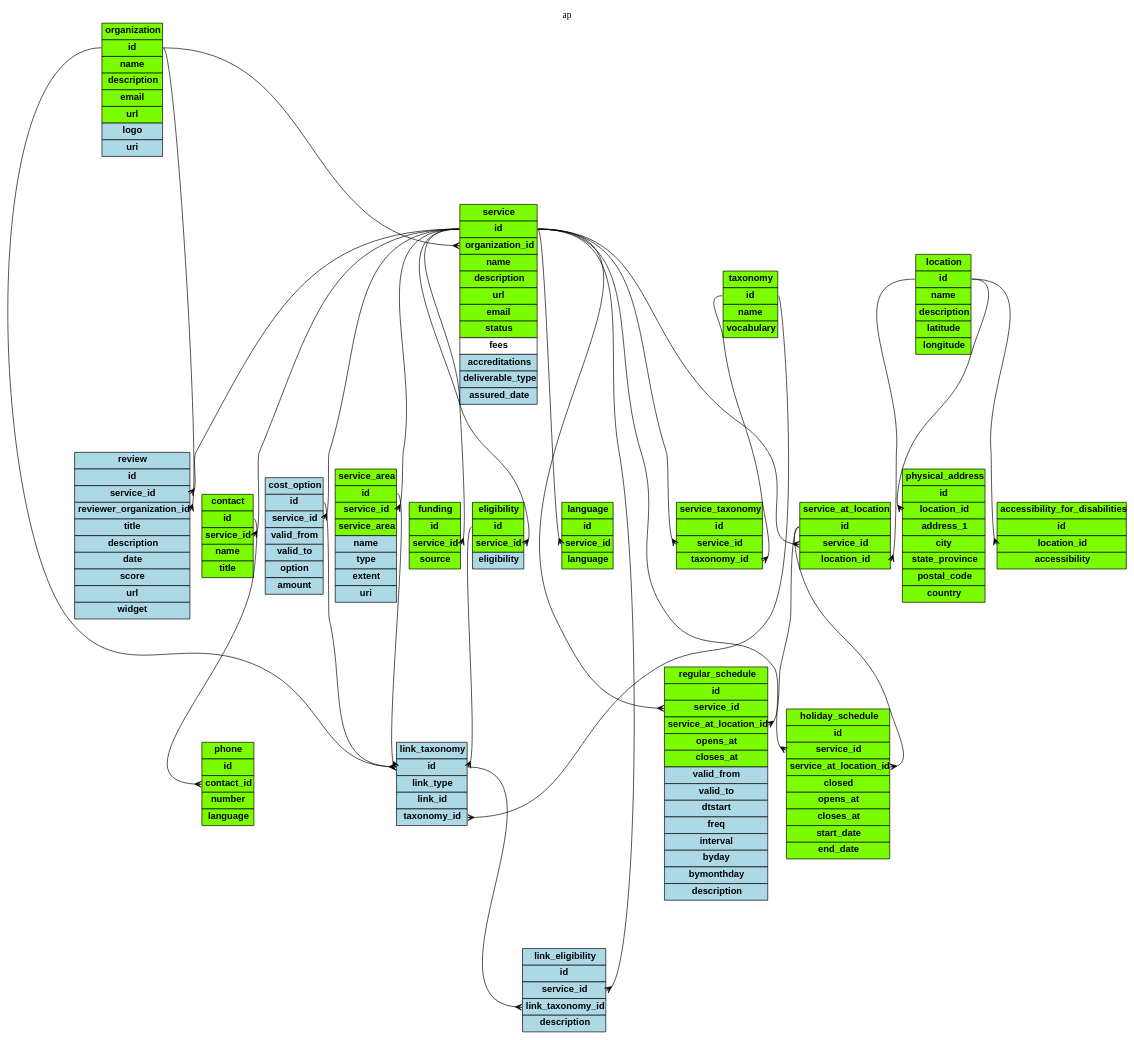
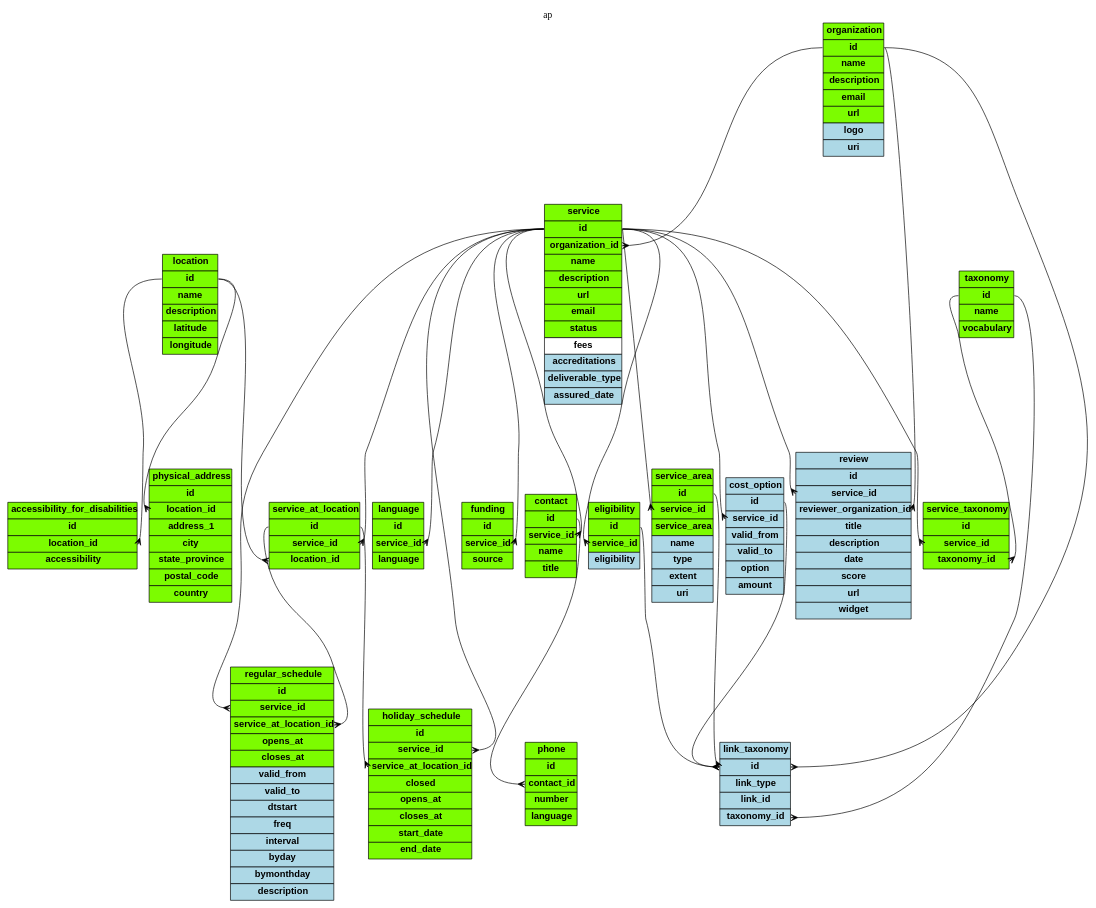
Before and after one commit to OpenReferralUK/human-services: the diagram in Schemas/ap.gv, drawn with Graphviz. The commit also changed 21 other files, not shown here.

```diff
--- a/Schemas/ap.gv
+++ b/Schemas/ap.gv
@@ -243,20 +243,6 @@
 
 
 
-link_eligibility [label=<
-<table border="0" cellborder="1" cellspacing="0" cellpadding="4">
-<tr><td bgcolor="lightblue"><b>link_eligibility</b></td></tr>
-<tr><td port='id'  bgcolor="lightblue"><b>id</b></td></tr>
-<tr><td port='service_id'  bgcolor="lightblue"><b>service_id</b></td></tr>
-<tr><td port='link_taxonomy_id'  bgcolor="lightblue"><b>link_taxonomy_id</b></td></tr>
-<tr><td  bgcolor="lightblue"><b>description</b></td></tr>
-</table>
->]
-
-service:id -> link_eligibility:service_id;
-link_taxonomy:id -> link_eligibility:link_taxonomy_id;
-
-
 cost_option [label=<
 <table border="0" cellborder="1" cellspacing="0" cellpadding="4">
 <tr><td bgcolor="lightblue"><b>cost_option</b></td></tr>
```
